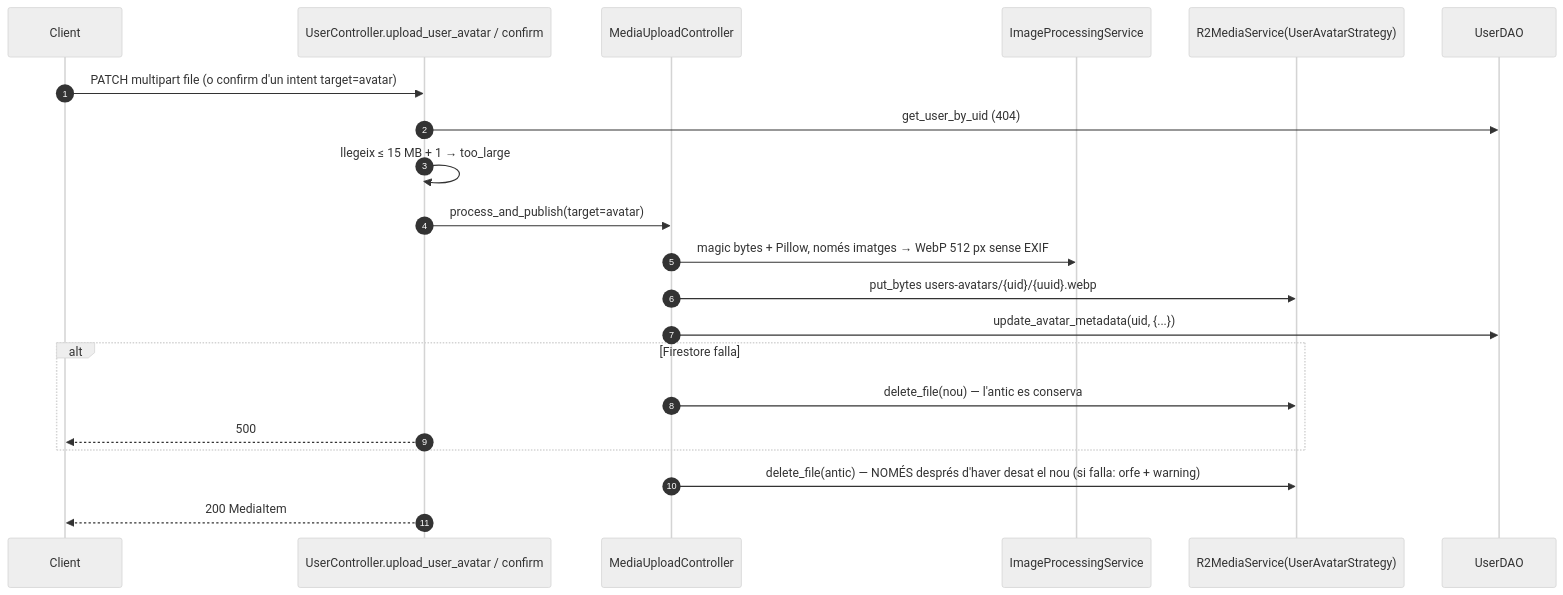
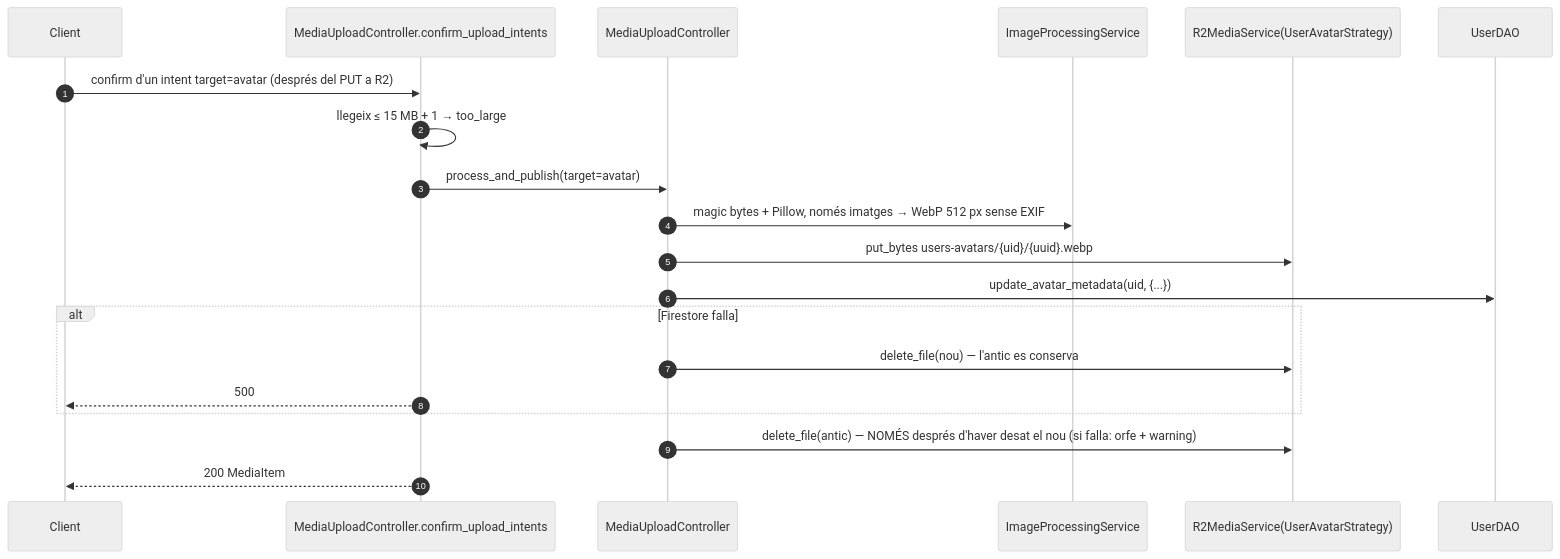
The diagram in docs/flows/02-user-avatar.md (jordirev/RefugisLliures_Backend), drawn with Mermaid (neutral theme) before and after one commit. The commit also changed other lines of this file and 31 other files, not shown here.

First line of the commit message:
refactor(media): elimina els camins de pujada multipart antics

````diff
--- a/docs/flows/02-user-avatar.md
+++ b/docs/flows/02-user-avatar.md
@@ -16,24 +17,23 @@
 ```mermaid
 sequenceDiagram
     autonumber
     participant C as Client
-    participant UC as UserController.upload_user_avatar / confirm
+    participant UC as MediaUploadController.confirm_upload_intents
     participant MC as MediaUploadController
     participant IP as ImageProcessingService
     participant R2 as R2MediaService(UserAvatarStrategy)
     participant D as UserDAO
 
-    C->>UC: PATCH multipart file (o confirm d'un intent target=avatar)
-    UC->>D: get_user_by_uid (404)
+    C->>UC: confirm d'un intent target=avatar (després del PUT a R2)
     UC->>UC: llegeix ≤ 15 MB + 1 → too_large
     UC->>MC: process_and_publish(target=avatar)
     MC->>IP: magic bytes + Pillow, només imatges → WebP 512 px sense EXIF
     MC->>R2: put_bytes users-avatars/{uid}/{uuid}.webp
     MC->>D: update_avatar_metadata(uid, {...})
     alt Firestore falla
         MC->>R2: delete_file(nou) — l'antic es conserva
         UC-->>C: 500
     end
     MC->>R2: delete_file(antic) — NOMÉS després d'haver desat el nou (si falla: orfe + warning)
     UC-->>C: 200 MediaItem
 ```
````
